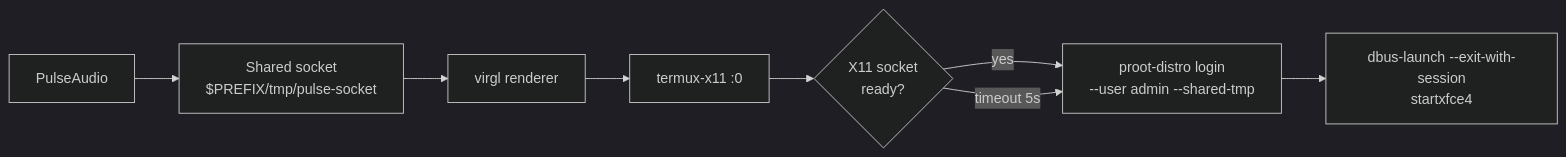
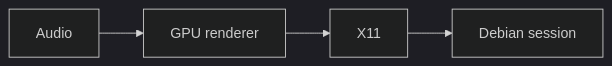
One commit to arinadi/XLabs changed the first of 3 diagrams in README.md. Above: the diagram before and after it, drawn with Mermaid (dark theme). The commit also changed other lines of this file, not shown here.

First line of the commit message:
docs: cut README length and simplify diagrams

````diff
--- a/README.md
+++ b/README.md
@@ -128,10 +108,4 @@
 ```mermaid
 flowchart LR
-    A[PulseAudio] --> B["Shared socket<br/>$PREFIX/tmp/pulse-socket"]
-    B --> C[virgl renderer]
-    C --> D[termux-x11 :0]
-    D --> E{X11 socket<br/>ready?}
-    E -->|yes| F["proot-distro login<br/>--user admin --shared-tmp"]
-    E -->|timeout 5s| F
-    F --> G["dbus-launch --exit-with-session<br/>startxfce4"]
+    A[Audio] --> B[GPU renderer] --> C[X11] --> D[Debian session]
 ```
````
